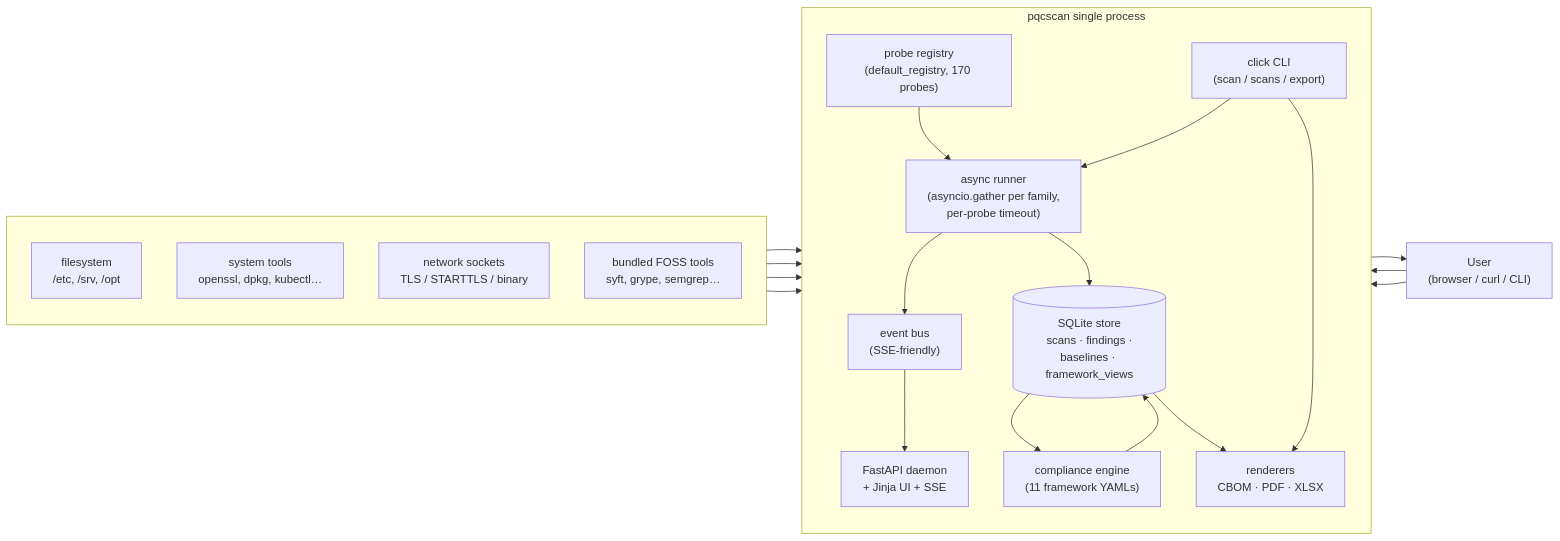
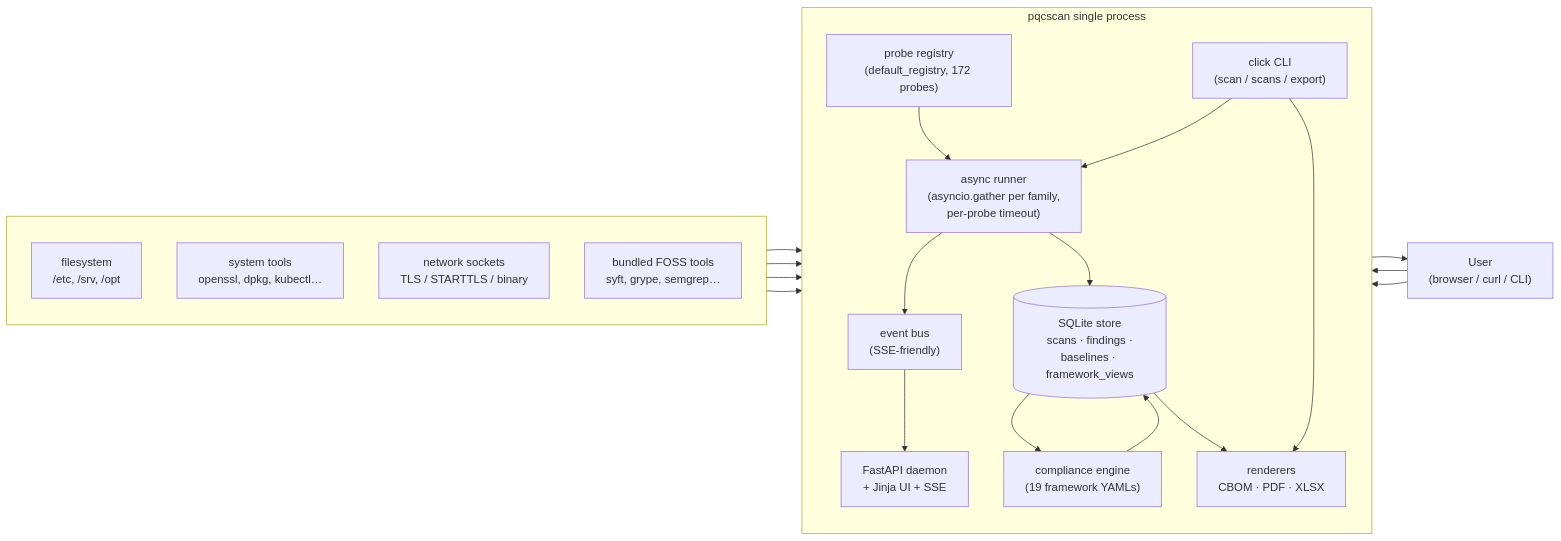
The first of 8 diagrams in README.md (orengacademy/pqc-scanner2), drawn with Mermaid before and after one commit. The commit also changed other lines of this file and 29 other files, not shown here.

````diff
--- a/README.md
+++ b/README.md
@@ -34,39 +34,39 @@
 ```mermaid
 flowchart LR
     subgraph host[" "]
         direction TB
         FS["filesystem<br/>/etc, /srv, /opt"]
         SYS["system tools<br/>openssl, dpkg, kubectl…"]
         NET["network sockets<br/>TLS / STARTTLS / binary"]
         FOSS["bundled FOSS tools<br/>syft, grype, semgrep…"]
     end
 
     subgraph proc["pqcscan single process"]
         direction TB
-        REG["probe registry<br/>(default_registry, 170 probes)"]
+        REG["probe registry<br/>(default_registry, 172 probes)"]
         RUN["async runner<br/>(asyncio.gather per family,<br/>per-probe timeout)"]
         BUS["event bus<br/>(SSE-friendly)"]
         REPO[("SQLite store<br/>scans · findings ·<br/>baselines · framework_views")]
-        COMP["compliance engine<br/>(11 framework YAMLs)"]
+        COMP["compliance engine<br/>(19 framework YAMLs)"]
         DAEMON["FastAPI daemon<br/>+ Jinja UI + SSE"]
         CLI["click CLI<br/>(scan / scans / export)"]
         REND["renderers<br/>CBOM · PDF · XLSX"]
     end
 
     USER["User<br/>(browser / curl / CLI)"]
 
     FS  --> RUN
     SYS --> RUN
     NET --> RUN
     FOSS --> RUN
     REG --> RUN
     RUN --> BUS --> DAEMON
     RUN --> REPO
     REPO --> COMP --> REPO
     REPO --> REND
     DAEMON --> USER
     CLI   --> RUN
     CLI   --> REND
     USER  --> DAEMON
     USER  --> CLI
 ```
````
